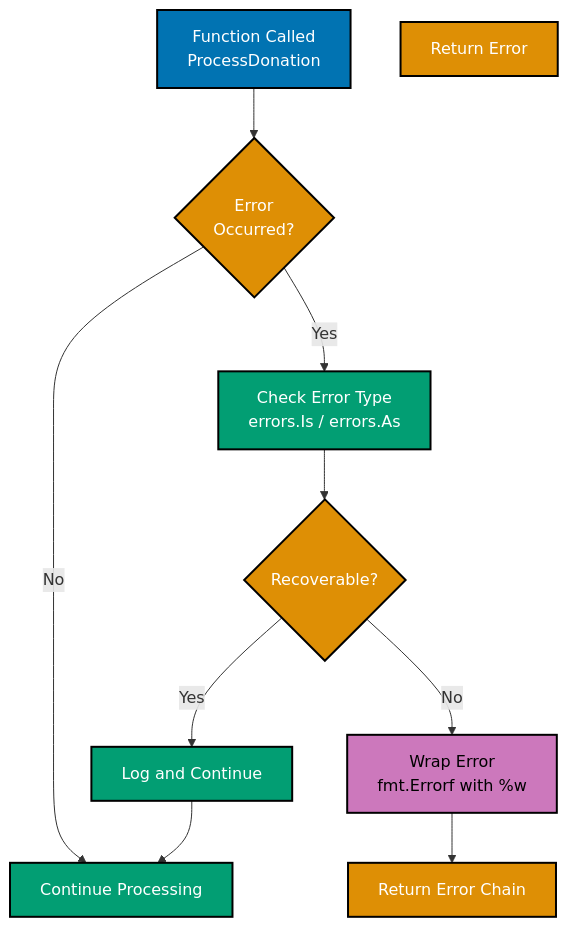
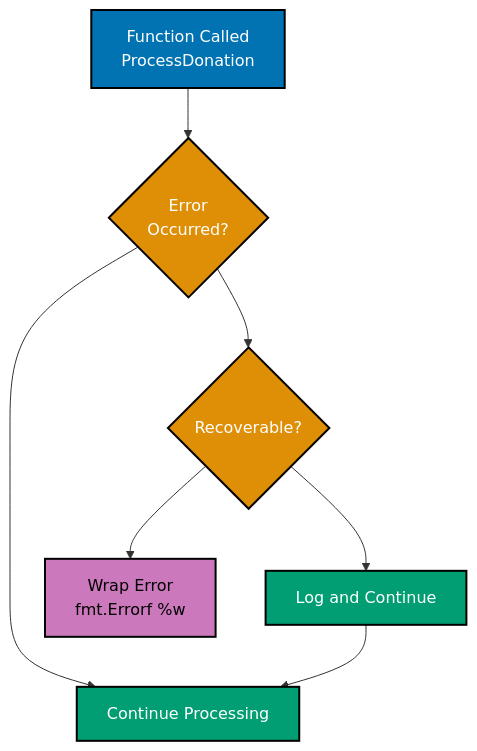
One commit to wahidyankf/open-sharia-enterprise changed the fourth of 5 diagrams in docs/explanation/software-engineering/programming-languages/golang/error-handling-standards.md. Above: the diagram before and after it, drawn with Mermaid. The commit also changed other lines of this file and 11 other files, not shown here.

First line of the commit message:
fix(docs): fix mermaid violations in golang docs

````diff
--- a/docs/explanation/software-engineering/programming-languages/golang/error-handling-standards.md
+++ b/docs/explanation/software-engineering/programming-languages/golang/error-handling-standards.md
@@ -2129,29 +2142,24 @@
 ```mermaid
 %% Color Palette: Blue #0173B2, Orange #DE8F05, Teal #029E73, Purple #CC78BC
 %% Error handling decision flow for donation processing
 
 graph TD
     A["Function Called<br/>ProcessDonation"]:::blue
     B{"Error<br/>Occurred?"}:::orange
-    C["Check Error Type<br/>errors.Is / errors.As"]:::teal
-    D["Wrap Error<br/>fmt.Errorf with %w"]:::purple
-    E["Return Error Chain"]:::orange
+    C{"Recoverable?"}:::orange
+    D["Log and Continue"]:::teal
+    E["Wrap Error<br/>fmt.Errorf %w"]:::purple
     F["Continue Processing"]:::teal
-    G{"Recoverable?"}:::orange
-    H["Log and Continue"]:::teal
-    I["Return Error"]:::orange
 
     A --> B
-    B -->|"Yes"| C
-    B -->|"No"| F
-    C --> G
-    G -->|"Yes"| H
-    G -->|"No"| D
-    D --> E
-    H --> F
+    B --> C
+    B --> F
+    C --> D
+    C --> E
+    D --> F
 
     classDef blue fill:#0173B2,stroke:#000000,color:#FFFFFF,stroke-width:2px
     classDef orange fill:#DE8F05,stroke:#000000,color:#FFFFFF,stroke-width:2px
     classDef teal fill:#029E73,stroke:#000000,color:#FFFFFF,stroke-width:2px
     classDef purple fill:#CC78BC,stroke:#000000,color:#000000,stroke-width:2px
 ```
````
